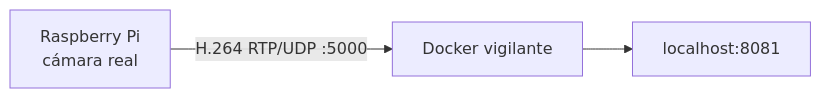
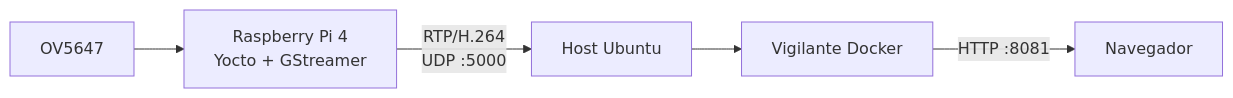
One commit to VeroC25/Project_1_Embebidos changed the fourth of 8 diagrams in docs/04_docker_qemu.md. Above: the diagram before and after it, drawn with Mermaid. The commit also changed other lines of this file, not shown here.

````diff
--- a/docs/04_docker_qemu.md
+++ b/docs/04_docker_qemu.md
@@ -43,5 +445,7 @@
 ```mermaid
 flowchart LR
-    R["Raspberry Pi<br/>cámara real"] -->|"H.264 RTP/UDP :5000"| V["Docker vigilante"]
-    V --> W["localhost:8081"]
+    CAM["OV5647"] --> RPI["Raspberry Pi 4<br/>Yocto + GStreamer"]
+    RPI -->|"RTP/H.264<br/>UDP :5000"| HOST["Host Ubuntu"]
+    HOST --> DOCKER["Vigilante Docker"]
+    DOCKER -->|"HTTP :8081"| BROWSER["Navegador"]
 ```
````
